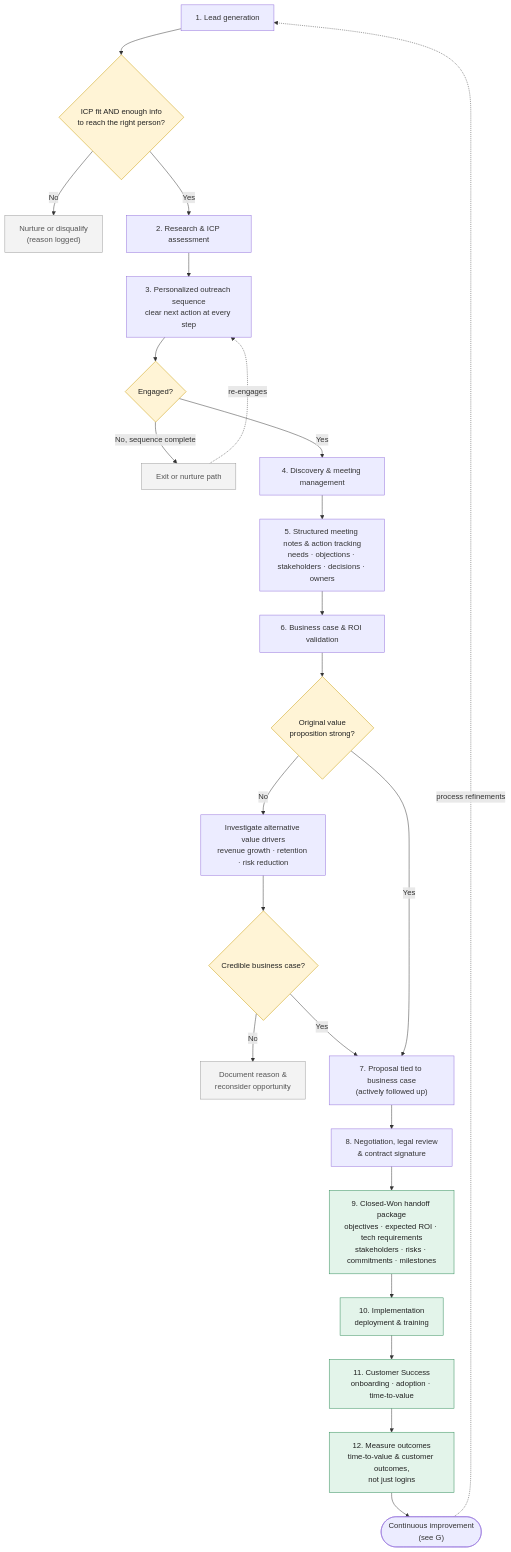
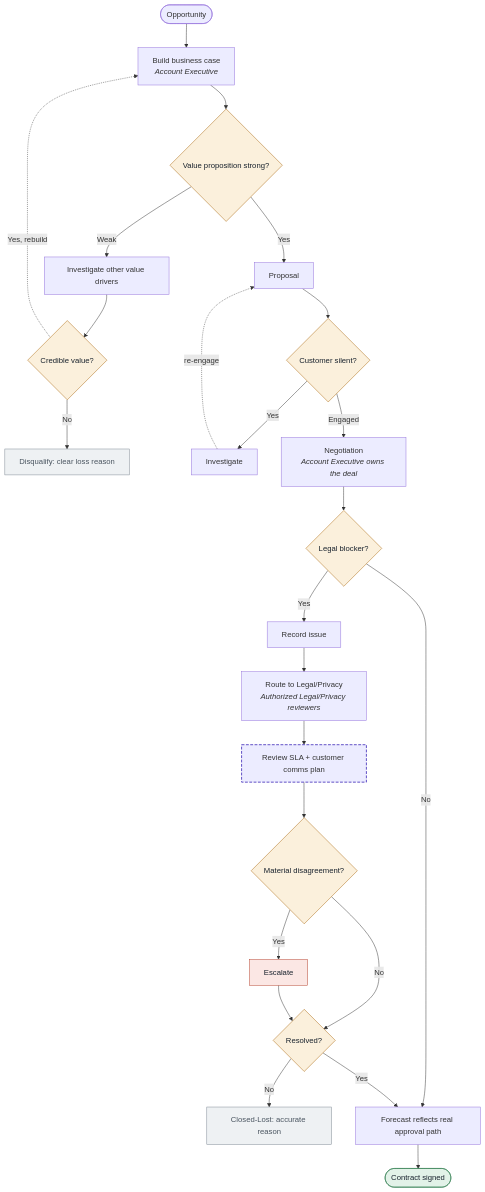
The third of 15 diagrams in crm-transformation/README.md (meena-uma-ram/workflows), drawn with Mermaid before and after one commit. The commit also changed other lines of this file and 7 other files, not shown here.

````diff
--- a/crm-transformation/README.md
+++ b/crm-transformation/README.md
@@ -28,33 +174,57 @@
 ```mermaid
-flowchart TD
-    A1["1. Lead generation"] --> G1{"ICP fit AND enough info<br/>to reach the right person?"}
-    G1 -- No --> X1["Nurture or disqualify<br/>(reason logged)"]
-    G1 -- Yes --> A2["2. Research & ICP assessment"]
-    A2 --> A3["3. Personalized outreach sequence<br/>clear next action at every step"]
-    A3 --> G2{"Engaged?"}
-    G2 -- "No, sequence complete" --> X2["Exit or nurture path"]
-    X2 -. "re-engages" .-> A3
-    G2 -- Yes --> A4["4. Discovery & meeting management"]
-    A4 --> A5["5. Structured meeting notes & action tracking<br/>needs · objections · stakeholders · decisions · owners"]
-    A5 --> A6["6. Business case & ROI validation"]
-    A6 --> G3{"Original value<br/>proposition strong?"}
-    G3 -- No --> A6b["Investigate alternative value drivers<br/>revenue growth · retention · risk reduction"]
-    A6b --> G4{"Credible business case?"}
-    G4 -- No --> X3["Document reason &<br/>reconsider opportunity"]
-    G4 -- Yes --> A7
-    G3 -- Yes --> A7["7. Proposal tied to business case<br/>(actively followed up)"]
-    A7 --> A8["8. Negotiation, legal review<br/>& contract signature"]
-    A8 --> A9["9. Closed-Won handoff package<br/>objectives · expected ROI · tech requirements<br/>stakeholders · risks · commitments · milestones"]
-    A9 --> A10["10. Implementation<br/>deployment & training"]
-    A10 --> A11["11. Customer Success<br/>onboarding · adoption · time-to-value"]
-    A11 --> A12["12. Measure outcomes<br/>time-to-value & customer outcomes,<br/>not just logins"]
-    A12 --> CI(["Continuous improvement<br/>(see G)"])
-    CI -. "process refinements" .-> A1
-
-    classDef gate fill:#fff4d6,stroke:#c99a00,color:#222;
-    classDef exit fill:#f3f3f3,stroke:#999,color:#555;
-    classDef post fill:#e3f4ea,stroke:#2e8b57,color:#222;
-    class G1,G2,G3,G4 gate;
-    class X1,X2,X3 exit;
-    class A9,A10,A11,A12 post;
+flowchart TB
+    OP(["Opportunity"])
+    BC["Build business case<br/><i>Account Executive</i>"]
+    VS{"Value proposition strong?"}
+    AV["Investigate other value drivers"]
+    CR{"Credible value?"}
+    LO["Disqualify: clear loss reason"]
+    PR["Proposal"]
+    SI{"Customer silent?"}
+    IV["Investigate"]
+    NG["Negotiation<br/><i>Account Executive owns the deal</i>"]
+    LB{"Legal blocker?"}
+    RI["Record issue"]
+    RL["Route to Legal/Privacy<br/><i>Authorized Legal/Privacy reviewers</i>"]
+    SL["Review SLA + customer comms plan"]
+    MD{"Material disagreement?"}
+    ES["Escalate"]
+    RV{"Resolved?"}
+    CL["Closed-Lost: accurate reason"]
+    FC["Forecast reflects real approval path"]
+    CW(["Contract signed"])
+    OP --> BC
+    BC --> VS
+    VS -- "Yes" --> PR
+    VS -- "Weak" --> AV
+    AV --> CR
+    CR -. "Yes, rebuild" .-> BC
+    CR -- "No" --> LO
+    PR --> SI
+    SI -- "Yes" --> IV
+    IV -. "re-engage" .-> PR
+    SI -- "Engaged" --> NG
+    NG --> LB
+    LB -- "No" --> FC
+    LB -- "Yes" --> RI
+    RI --> RL
+    RL --> SL
+    SL --> MD
+    MD -- "Yes" --> ES
+    MD -- "No" --> RV
+    ES --> RV
+    RV -- "Yes" --> FC
+    RV -- "No" --> CL
+    FC --> CW
+    classDef decision fill:#fbf0dc,stroke:#a8650b,color:#18222d;
+    classDef exit fill:#eef1f3,stroke:#7c8792,color:#4a5560;
+    classDef post fill:#e2f2e8,stroke:#2f7d4f,color:#18222d;
+    classDef escalation fill:#fbe7e4,stroke:#b4442f,color:#18222d;
+    classDef proposed stroke:#5b4bc4,stroke-width:2px,stroke-dasharray:6 3;
+    classDef validate stroke:#b4442f,stroke-width:2px,stroke-dasharray:2 3;
+    class VS,CR,SI,LB,MD,RV decision;
+    class LO,CL exit;
+    class CW post;
+    class ES escalation;
+    class SL proposed;
 ```
````
